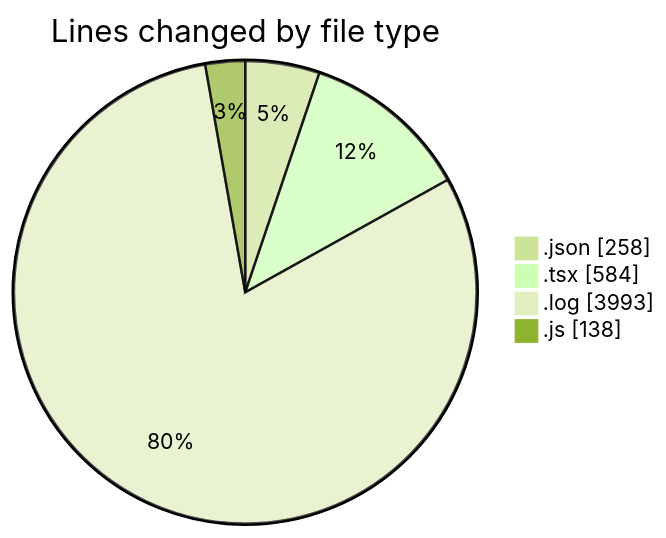
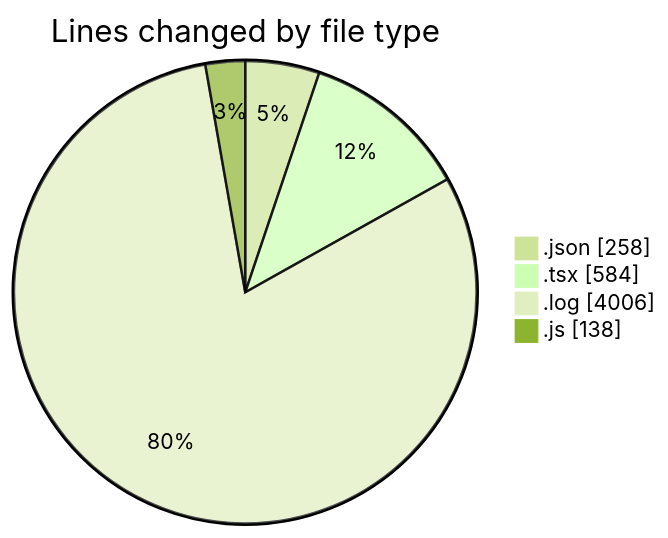
One commit to momahboobian/code-tracking changed the first of 2 diagrams in 2026-03-24/cda/README.md. Above: the diagram before and after it, drawn with Mermaid (forest theme). The commit also changed other lines of this file and 1 other file, not shown here.

````diff
--- a/2026-03-24/cda/README.md
+++ b/2026-03-24/cda/README.md
@@ -27,8 +27,8 @@
 ```mermaid
 pie showData
 title Lines changed by file type
 ".json" : 258
 ".tsx" : 584
-".log" : 3993
+".log" : 4006
 ".js" : 138
 ```
````
